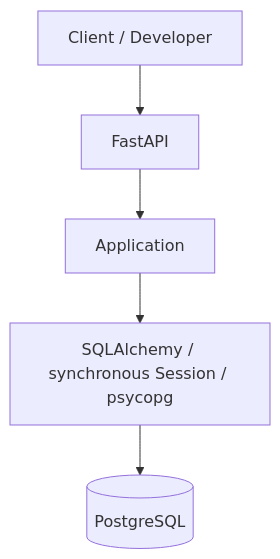
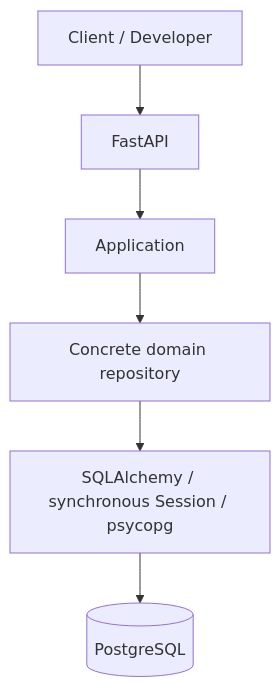
Before and after one commit to trankhanhnamhoccode/MLAI_backend: the third of 4 diagrams in docs/ARCHITECTURE.md, drawn with Mermaid. The commit also changed other lines of this file and 55 other files, not shown here.

````diff
--- a/docs/ARCHITECTURE.md
+++ b/docs/ARCHITECTURE.md
@@ -73,7 +75,8 @@
 ```mermaid
 flowchart TD
     Client[Client / Developer] --> FastAPI
     FastAPI --> Application
-    Application --> SQLAlchemy[SQLAlchemy / synchronous Session / psycopg]
+    Application --> Repository[Concrete domain repository]
+    Repository --> SQLAlchemy[SQLAlchemy / synchronous Session / psycopg]
     SQLAlchemy --> PostgreSQL[(PostgreSQL)]
 ```
````
